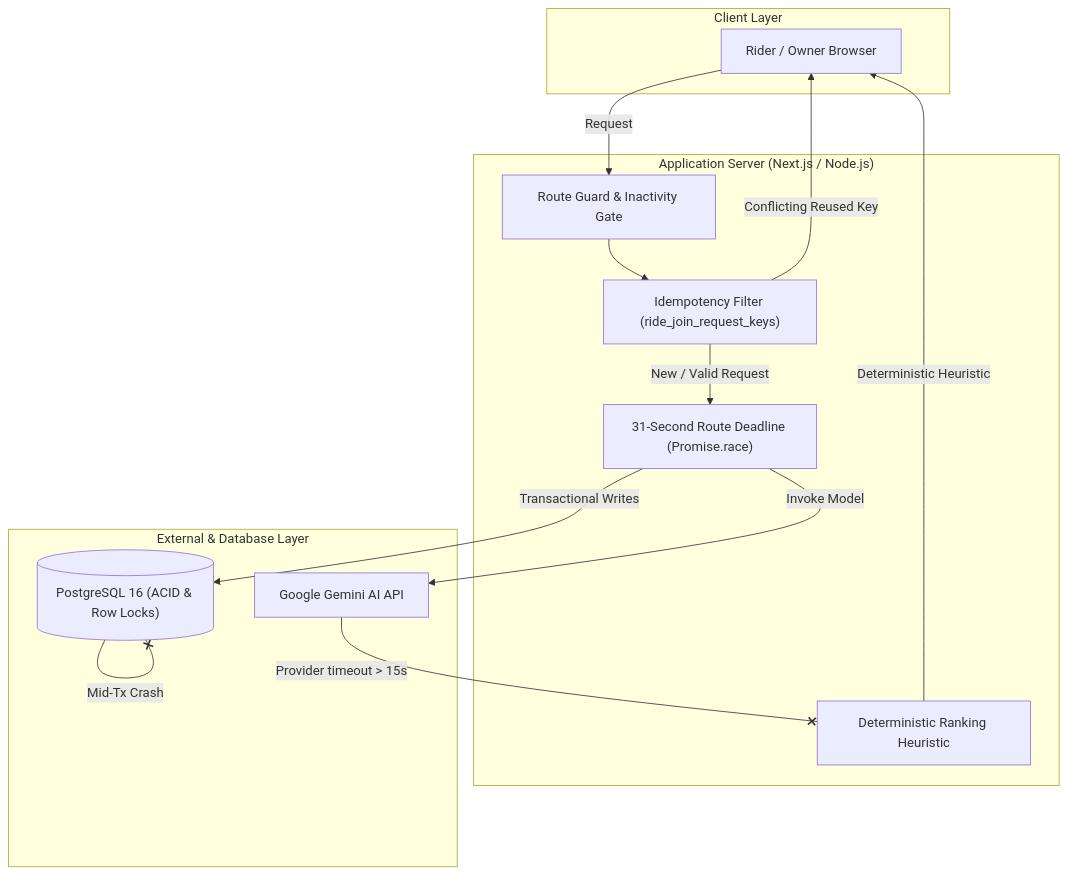
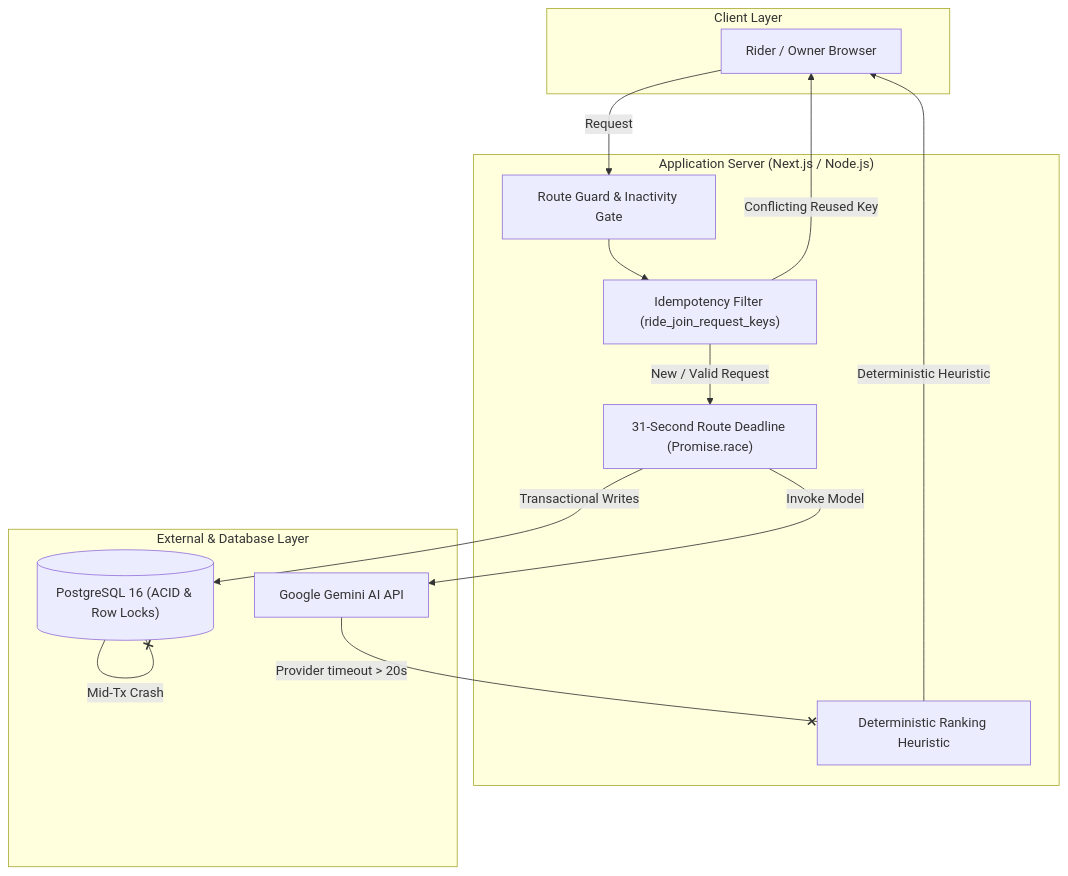
Before and after one commit to CS455-Carpooling/Campus_Ridepooling_Automation: the first of 4 diagrams in Deliverables/D3/failure-and-recovery-test-report.md, drawn with Mermaid. The commit also changed other lines of this file and 18 other files, not shown here.

````diff
--- a/Deliverables/D3/failure-and-recovery-test-report.md
+++ b/Deliverables/D3/failure-and-recovery-test-report.md
@@ -24,28 +24,28 @@
 ```mermaid
 flowchart TD
     subgraph Client ["Client Layer"]
         Browser["Rider / Owner Browser"]
     end
 
     subgraph Edge ["Application Server (Next.js / Node.js)"]
         Guard["Route Guard & Inactivity Gate"]
         Idemp["Idempotency Filter (ride_join_request_keys)"]
         TimeBudget["31-Second Route Deadline (Promise.race)"]
         Fallback["Deterministic Ranking Heuristic"]
     end
 
     subgraph Services ["External & Database Layer"]
         Postgres[("PostgreSQL 16 (ACID & Row Locks)")]
         Gemini["Google Gemini AI API"]
     end
 
     Browser -->|Request| Guard
     Guard --> Idemp
     Idemp -->|New / Valid Request| TimeBudget
     Idemp -->|Conflicting Reused Key| Browser
     TimeBudget -->|Invoke Model| Gemini
-    Gemini --x|Provider timeout > 15s| Fallback
+    Gemini --x|Provider timeout > 20s| Fallback
     Fallback -->|Deterministic Heuristic| Browser
     TimeBudget -->|Transactional Writes| Postgres
     Postgres --x|Mid-Tx Crash| Postgres
 ```
````
